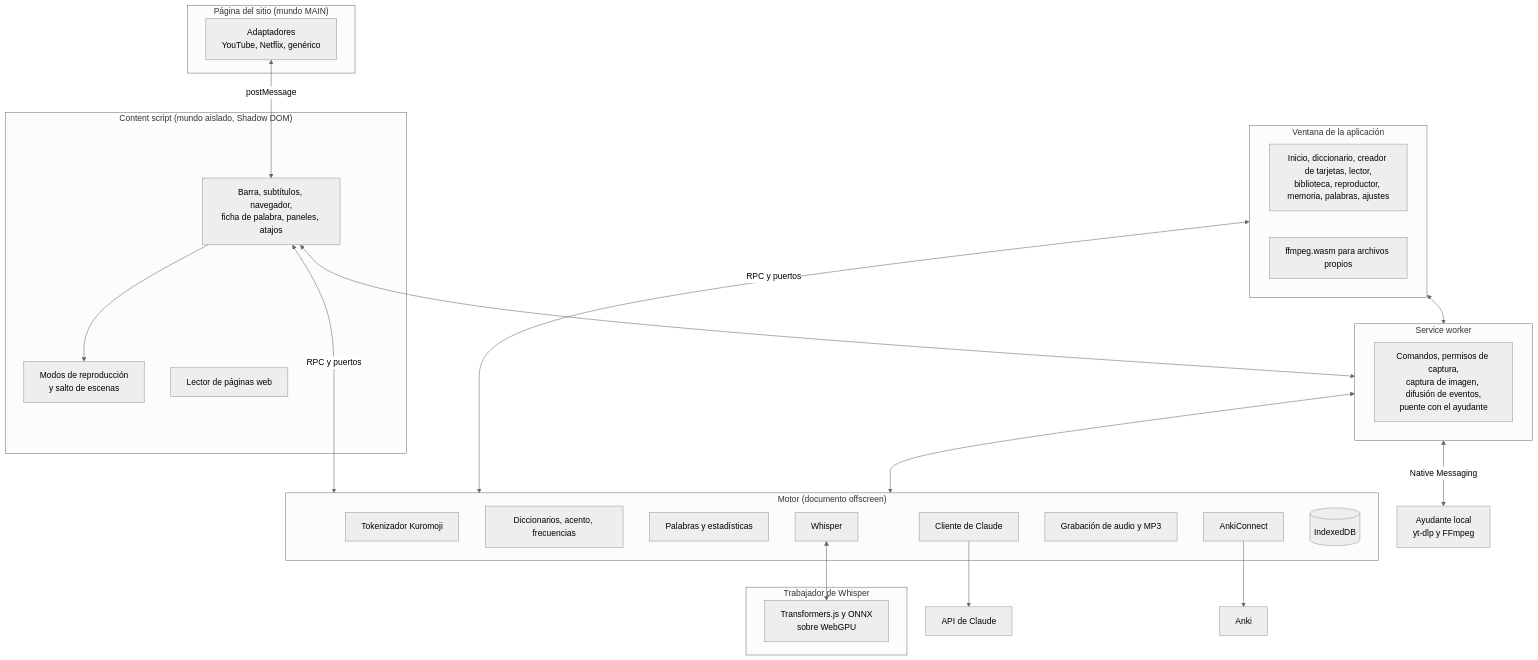
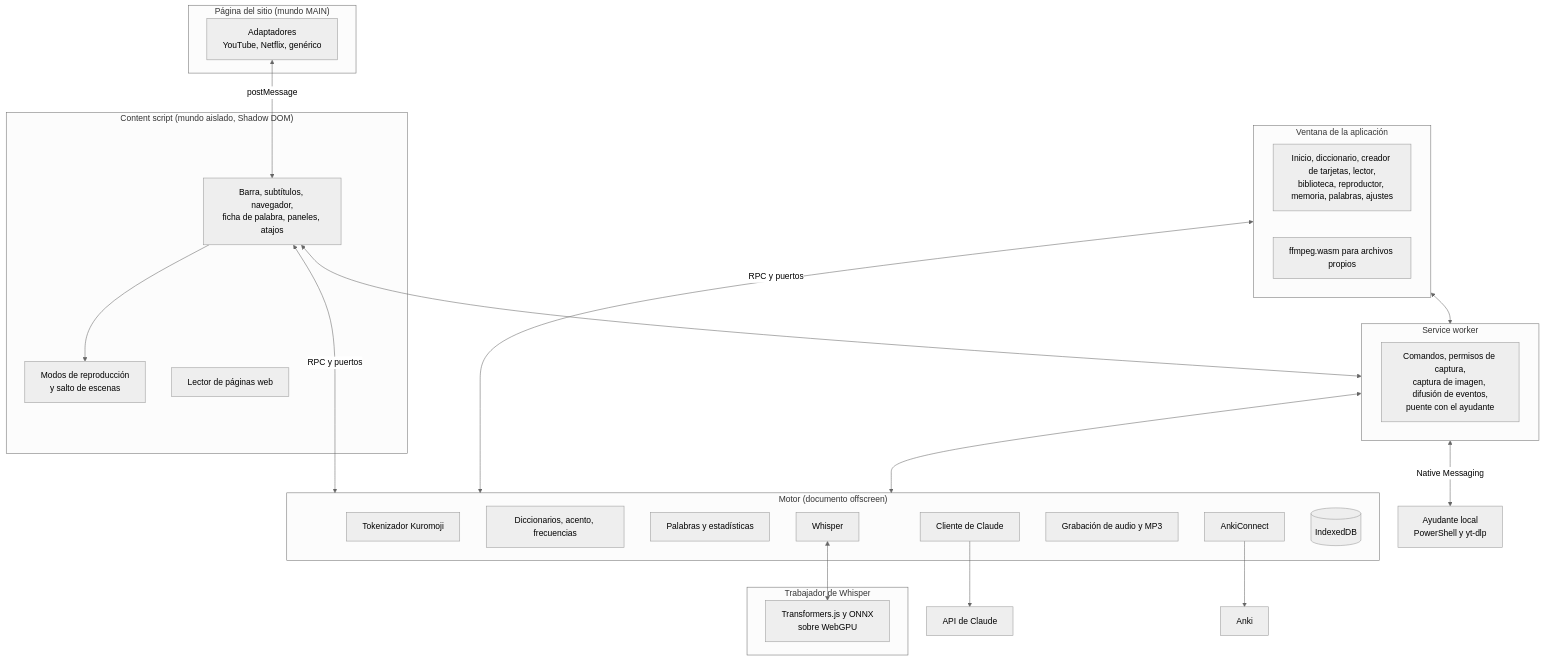
Before and after one commit to Eliam4510/kotonoha: the diagram in docs/arquitectura.md, drawn with Mermaid (neutral theme). The commit also changed other lines of this file and 83 other files, not shown here.

````diff
--- a/docs/arquitectura.md
+++ b/docs/arquitectura.md
@@ -9,42 +9,42 @@
 ```mermaid
 flowchart TB
   subgraph Pagina["Página del sitio (mundo MAIN)"]
     AD["Adaptadores<br/>YouTube, Netflix, genérico"]
   end
   subgraph Contenido["Content script (mundo aislado, Shadow DOM)"]
     UI["Barra, subtítulos, navegador,<br/>ficha de palabra, paneles, atajos"]
     MODO["Modos de reproducción<br/>y salto de escenas"]
     WEB["Lector de páginas web"]
   end
   subgraph SW["Service worker"]
     RUTA["Comandos, permisos de captura,<br/>captura de imagen, difusión de eventos,<br/>puente con el ayudante"]
   end
   subgraph Motor["Motor (documento offscreen)"]
     TOK["Tokenizador Kuromoji"]
     DIC["Diccionarios, acento, frecuencias"]
     PAL["Palabras y estadísticas"]
     IA["Cliente de Claude"]
     ANKI["AnkiConnect"]
     REC["Grabación de audio y MP3"]
     WH["Whisper"]
     DB[("IndexedDB")]
   end
   subgraph Trabajador["Trabajador de Whisper"]
     GPU["Transformers.js y ONNX<br/>sobre WebGPU"]
   end
   subgraph App["Ventana de la aplicación"]
     PANT["Inicio, diccionario, creador de tarjetas, lector,<br/>biblioteca, reproductor, memoria, palabras, ajustes"]
     FF["ffmpeg.wasm para archivos propios"]
   end
   AD <-->|postMessage| UI
   UI --> MODO
   UI <-->|RPC y puertos| Motor
   UI <--> SW
   App <-->|RPC y puertos| Motor
   App <--> SW
   SW <--> Motor
-  SW <-->|Native Messaging| AY["Ayudante local<br/>yt-dlp y FFmpeg"]
+  SW <-->|Native Messaging| AY["Ayudante local<br/>PowerShell y yt-dlp"]
   WH <--> GPU
   IA --> CL["API de Claude"]
   ANKI --> AN["Anki"]
 ```
````
